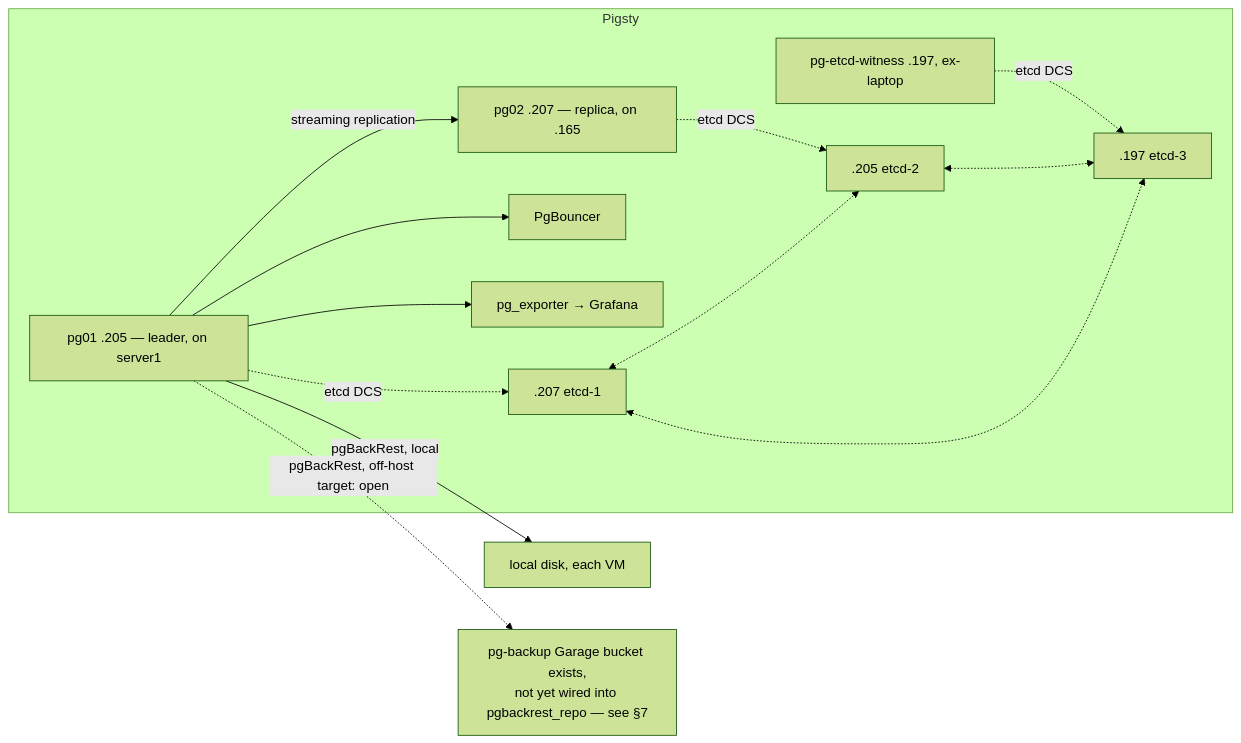
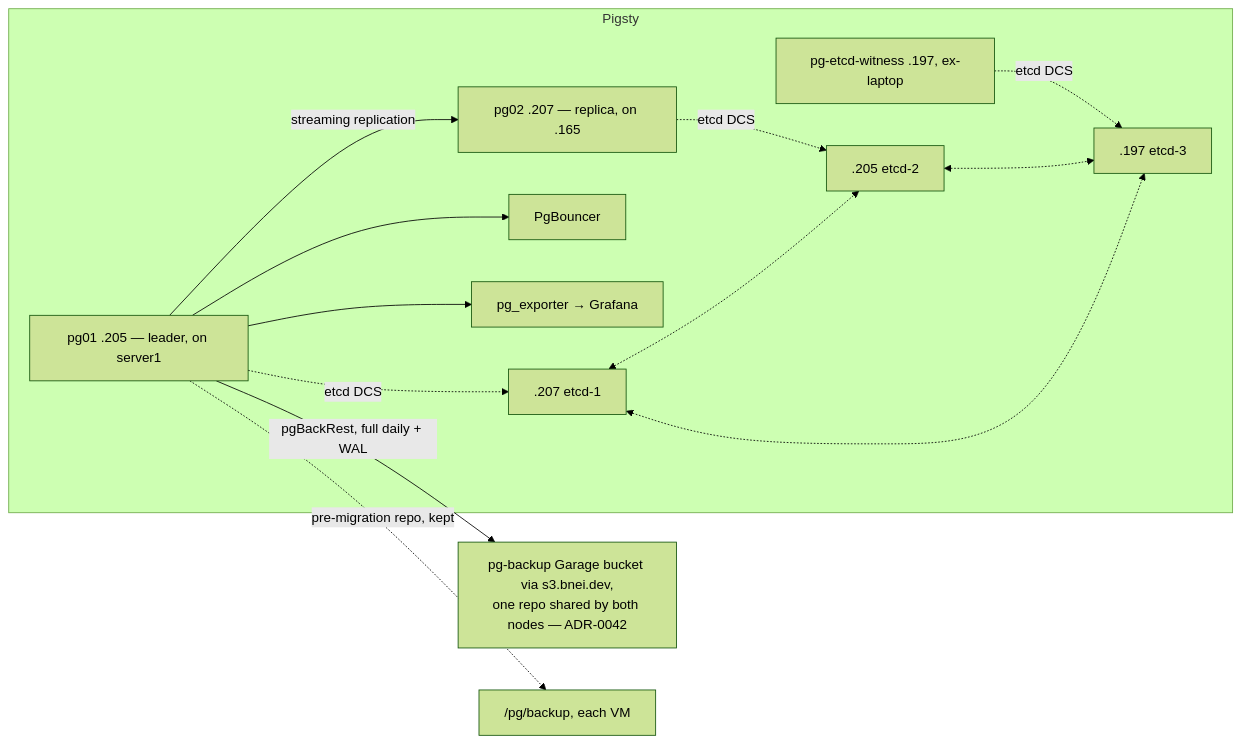
One commit to MohammadBnei/infra-bootstrap changed the fifth of 7 diagrams in ARCHITECTURE.md. Above: the diagram before and after it, drawn with Mermaid (forest theme). The commit also changed other lines of this file and 13 other files, not shown here.

````diff
--- a/ARCHITECTURE.md
+++ b/ARCHITECTURE.md
@@ -613,16 +613,16 @@
 ```mermaid
 graph LR
     subgraph Pigsty
         P1[pg01 .205 — leader, on server1] -- streaming replication --> P2[pg02 .207 — replica, on .165]
         P1 --> Bouncer[PgBouncer]
         P1 --> Exporter[pg_exporter → Grafana]
         P1 -.->|etcd DCS| E1[.207 etcd-1]
         P2 -.->|etcd DCS| E2[.205 etcd-2]
         W[pg-etcd-witness .197, ex-laptop] -.->|etcd DCS| E3[.197 etcd-3]
         E1 <-.-> E2
         E2 <-.-> E3
         E1 <-.-> E3
     end
-    P1 -- pgBackRest, local --> LocalBackup[local disk, each VM]
-    P1 -.->|pgBackRest, off-host target: open| Open["pg-backup Garage bucket exists,<br/>not yet wired into pgbackrest_repo — see §7"]
+    P1 -- pgBackRest, full daily + WAL --> PgBackup["pg-backup Garage bucket via s3.bnei.dev,<br/>one repo shared by both nodes — ADR-0042"]
+    P1 -.->|pre-migration repo, kept| LocalBackup["/pg/backup, each VM"]
 ```
````
